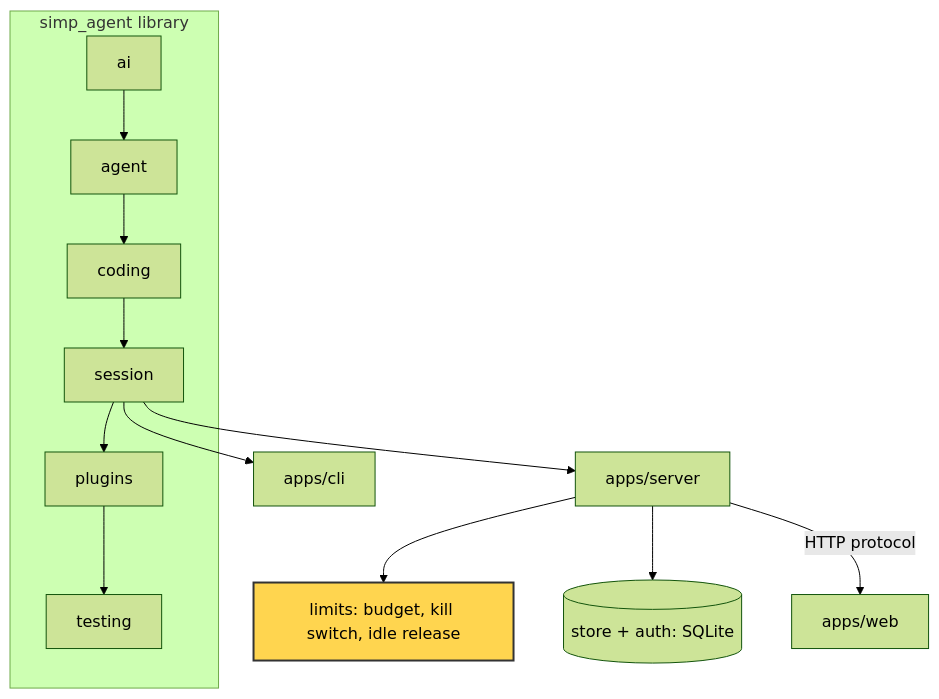
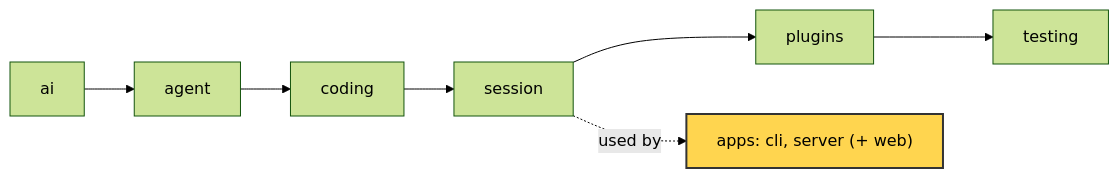
The diagram in docs/guidebook/23-limits.md (danhugo/simp-agent), drawn with Mermaid (forest theme) before and after one commit. The commit also changed other lines of this file and 1 other file, not shown here.

Commit message:
guidebook: ch23 limits one-shot rewrite

````diff
--- a/docs/guidebook/23-limits.md
+++ b/docs/guidebook/23-limits.md
@@ -9,12 +9,6 @@
 ```mermaid
-flowchart TB
-    subgraph lib [simp_agent library]
-      ai --> agent --> coding --> session --> plugins --> testing
-    end
-    session --> cli[apps/cli]
-    session --> server[apps/server]
-    server --> limits[limits: budget, kill switch, idle release]
-    server --> store[(store + auth: SQLite)]
-    server -->|HTTP protocol| web[apps/web]
-    style limits fill:#ffd54f,stroke:#333,stroke-width:2px
+flowchart LR
+    ai --> agent --> coding --> session --> plugins --> testing
+    session -.used by.-> apps["apps: cli, server (+ web)"]
+    style apps fill:#ffd54f,stroke:#333,stroke-width:2px
 ```
````
